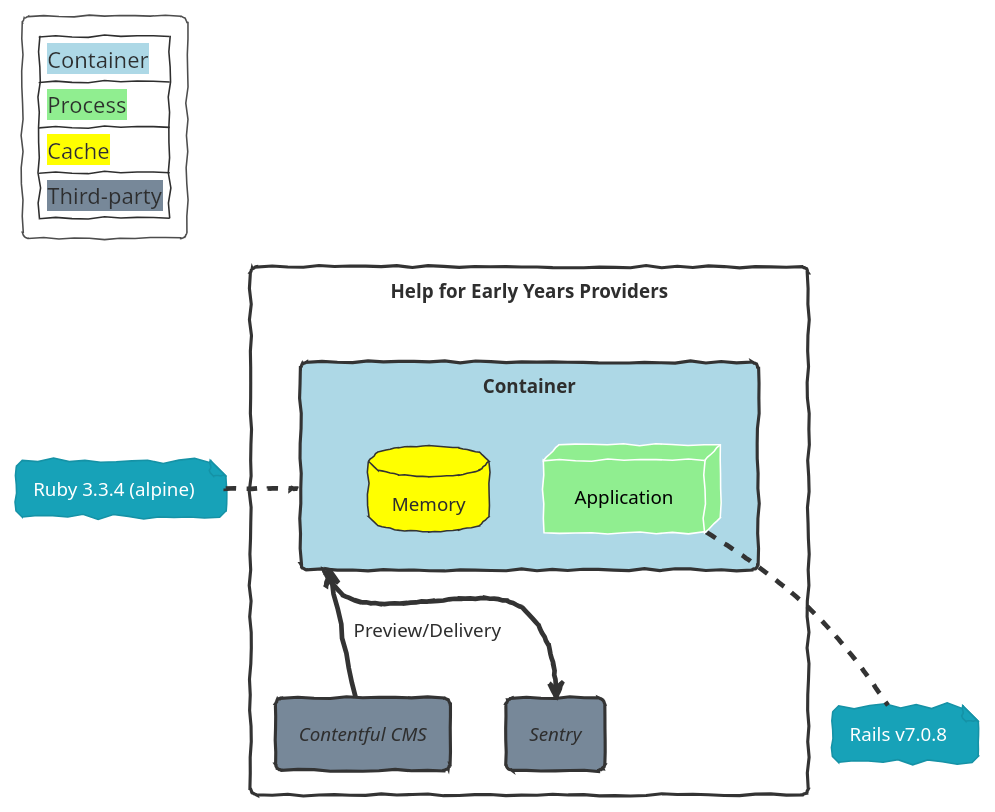
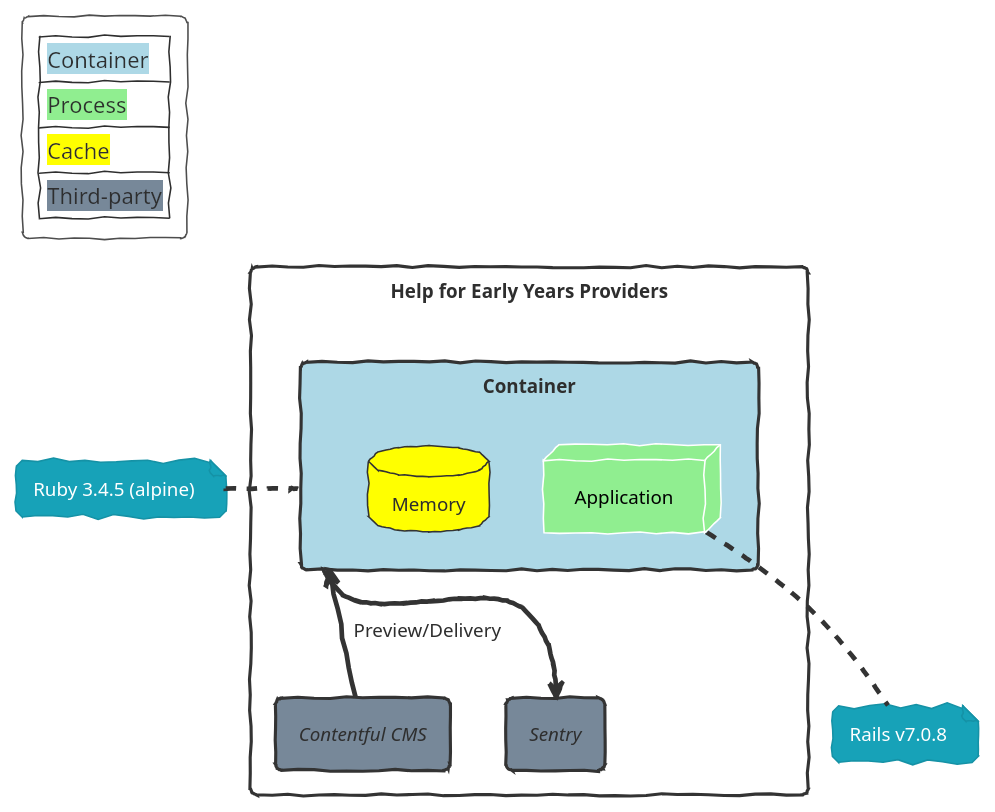
One commit to DFE-Digital/early-years-foundation-reform changed the diagram in uml/application.puml. Above: the diagram before and after it, drawn with PlantUML. The commit also changed 7 other files, not shown here.

```diff
--- a/uml/application.puml
+++ b/uml/application.puml
@@ -1,49 +1,49 @@
 @startuml
 !theme sketchy-outline
 hide stereotype
 
 <style>
   .app {
     BackgroundColor LightBlue
   }
   .process {
     BackgroundColor LightGreen
     FontColor Black
   }
   .cache {
     BackgroundColor Yellow
   }
   .service {
     BackgroundColor LightSlateGray
     FontStyle italic
   }
 }
 </style>
 
 
 legend top left
 |<back:LightBlue>Container|
 |<back:LightGreen>Process|
 |<back:Yellow>Cache|
 |<back:LightSlateGrey>Third-party|
 endlegend
 
 
 rectangle "Help for Early Years Providers" {
   rectangle "Container" as app <<app>> {
     node "Application" as web <<process>>
     database "Memory" as app_cache <<cache>>
   }
 
   rectangle "Contentful CMS" as content <<service>>
 
   rectangle "Sentry" as alert <<service>>
 }
 
-note left of app: Ruby 3.3.4 (alpine)
+note left of app: Ruby 3.4.5 (alpine)
 note bottom of web: Rails v7.0.8
 
 app <-- content: Preview/Delivery
 app --> alert
 
 @enduml
```
